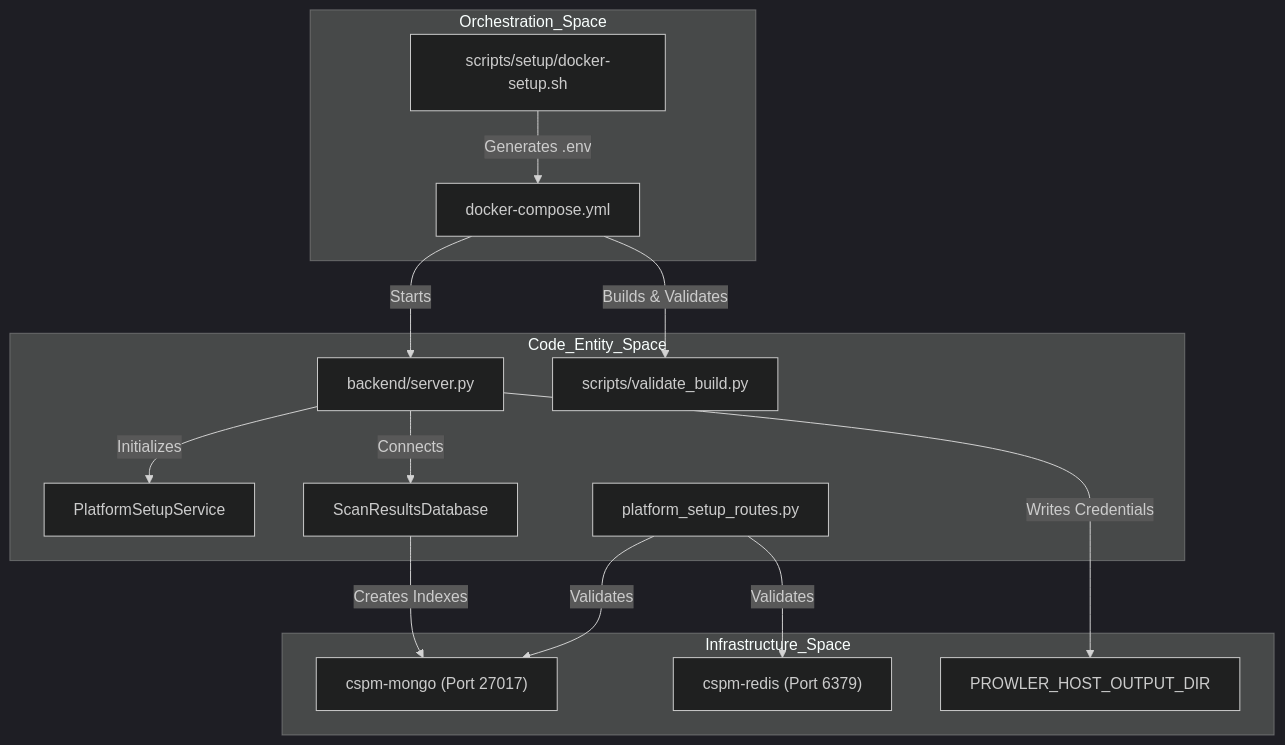
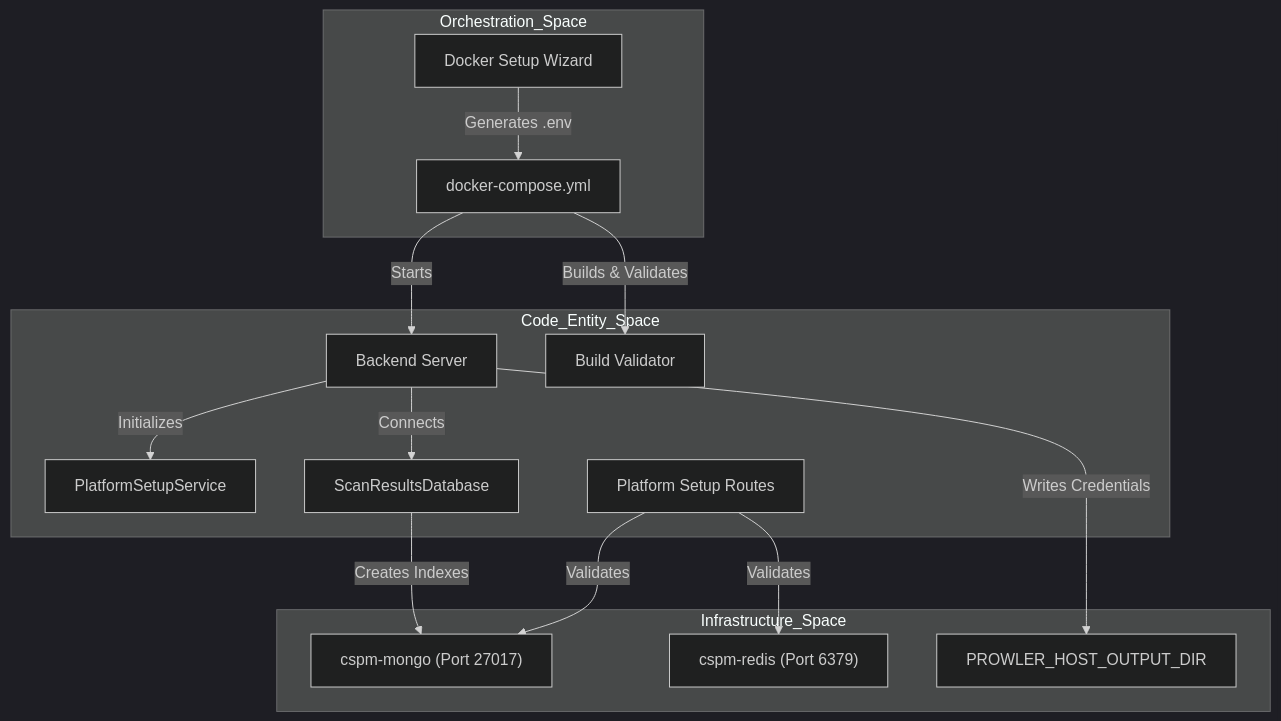
One commit to niteshsaini/offloadsecurity-docs changed the first of 2 diagrams in docs/platform-overview/getting-started.md. Above: the diagram before and after it, drawn with Mermaid (dark theme). The commit also changed other lines of this file and 16 other files, not shown here.

````diff
--- a/docs/platform-overview/getting-started.md
+++ b/docs/platform-overview/getting-started.md
@@ -18,31 +18,31 @@
 ```mermaid
 graph TD
     subgraph "Orchestration_Space"
-        WIZARD["scripts/setup/docker-setup.sh"]
+        WIZARD["Docker Setup Wizard"]
         COMPOSE["docker-compose.yml"]
     end
 
     subgraph "Code_Entity_Space"
-        BACKEND["backend/server.py"]
-        VALIDATOR["scripts/validate_build.py"]
+        BACKEND["Backend Server"]
+        VALIDATOR["Build Validator"]
         SETUP_SVC["PlatformSetupService"]
-        SETUP_ROUTES["platform_setup_routes.py"]
+        SETUP_ROUTES["Platform Setup Routes"]
         DB_MANAGER["ScanResultsDatabase"]
     end
 
     subgraph "Infrastructure_Space"
         MONGO["cspm-mongo (Port 27017)"]
         REDIS["cspm-redis (Port 6379)"]
         HOST_FS["PROWLER_HOST_OUTPUT_DIR"]
     end
 
     WIZARD -- "Generates .env" --> COMPOSE
     COMPOSE -- "Builds & Validates" --> VALIDATOR
     COMPOSE -- "Starts" --> BACKEND
     BACKEND -- "Initializes" --> SETUP_SVC
     SETUP_ROUTES -- "Validates" --> MONGO
     SETUP_ROUTES -- "Validates" --> REDIS
     BACKEND -- "Writes Credentials" --> HOST_FS
     BACKEND -- "Connects" --> DB_MANAGER
     DB_MANAGER -- "Creates Indexes" --> MONGO
 ```
````
